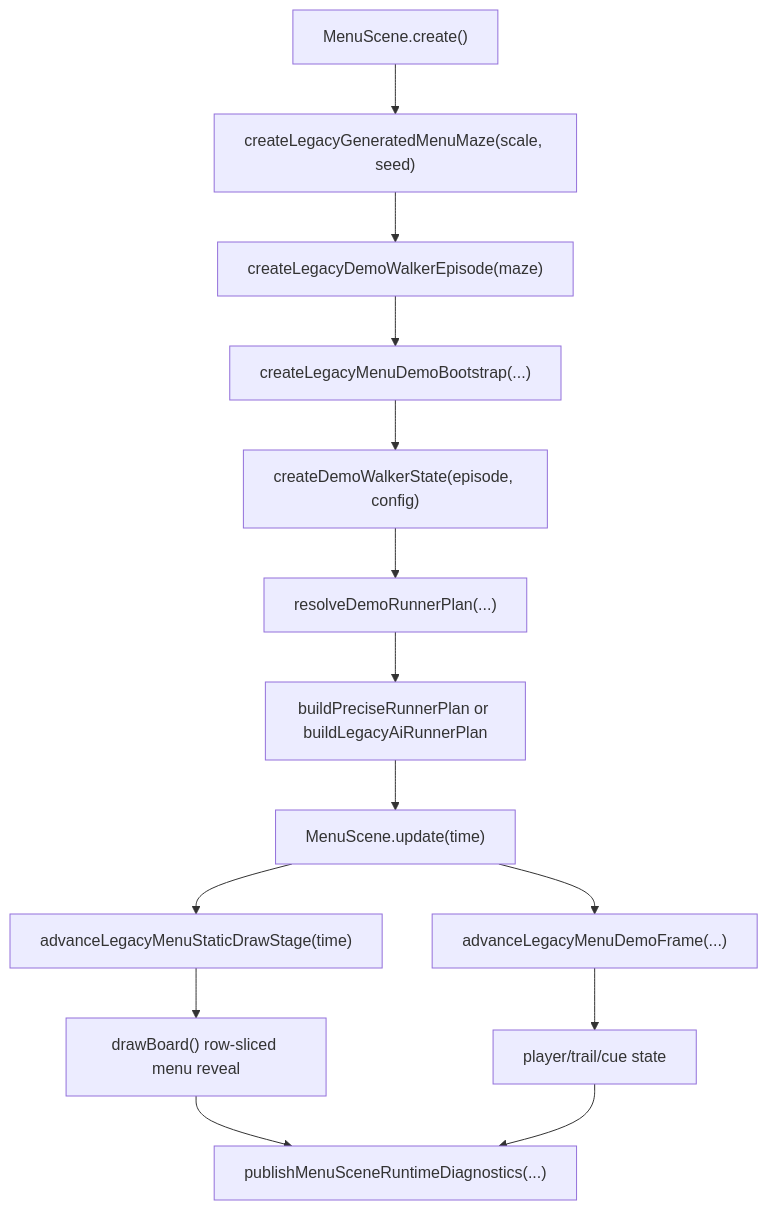
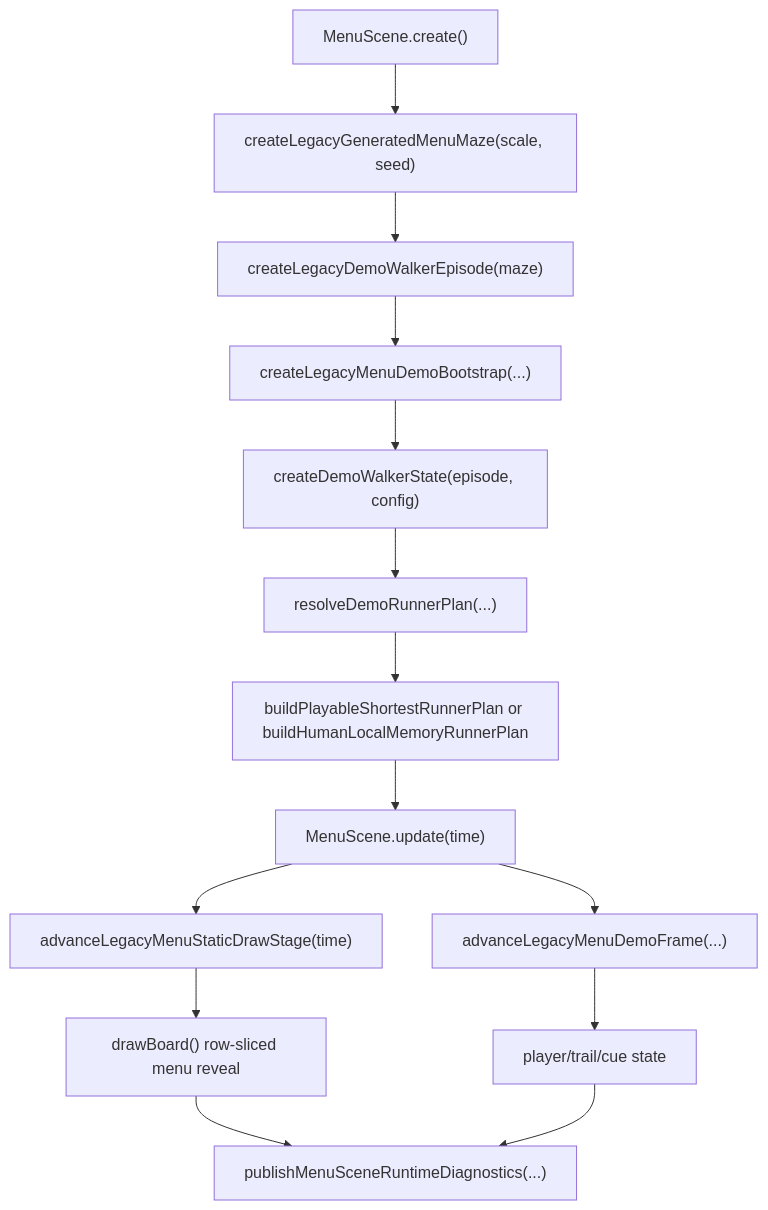
One commit to fawxzzy/mazer changed the diagram in docs/research/MAZER_MENU_GENERATION_AI_LOOP_MAP.md. Above: the diagram before and after it, drawn with Mermaid. The commit also changed other lines of this file and 12 other files, not shown here.

````diff
--- a/docs/research/MAZER_MENU_GENERATION_AI_LOOP_MAP.md
+++ b/docs/research/MAZER_MENU_GENERATION_AI_LOOP_MAP.md
@@ -15,16 +15,16 @@
 ```mermaid
 flowchart TD
   A["MenuScene.create()"] --> B["createLegacyGeneratedMenuMaze(scale, seed)"]
   B --> C["createLegacyDemoWalkerEpisode(maze)"]
   C --> D["createLegacyMenuDemoBootstrap(...)"]
   D --> E["createDemoWalkerState(episode, config)"]
   E --> F["resolveDemoRunnerPlan(...)"]
-  F --> G["buildPreciseRunnerPlan or buildLegacyAiRunnerPlan"]
+  F --> G["buildPlayableShortestRunnerPlan or buildHumanLocalMemoryRunnerPlan"]
   G --> H["MenuScene.update(time)"]
   H --> I["advanceLegacyMenuStaticDrawStage(time)"]
   H --> J["advanceLegacyMenuDemoFrame(...)"]
   I --> K["drawBoard() row-sliced menu reveal"]
   J --> L["player/trail/cue state"]
   K --> M["publishMenuSceneRuntimeDiagnostics(...)"]
   L --> M
 ```
````
